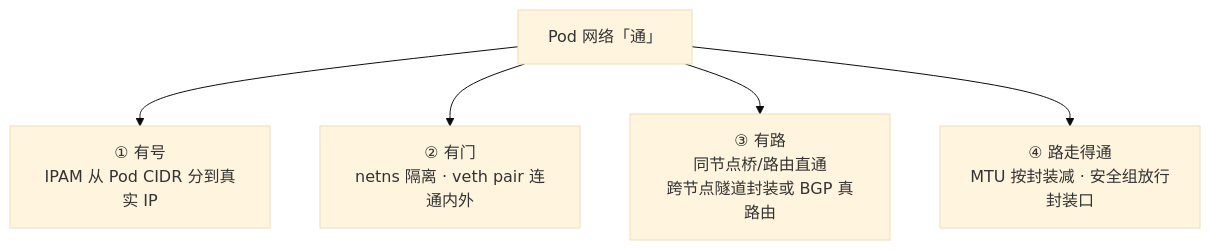
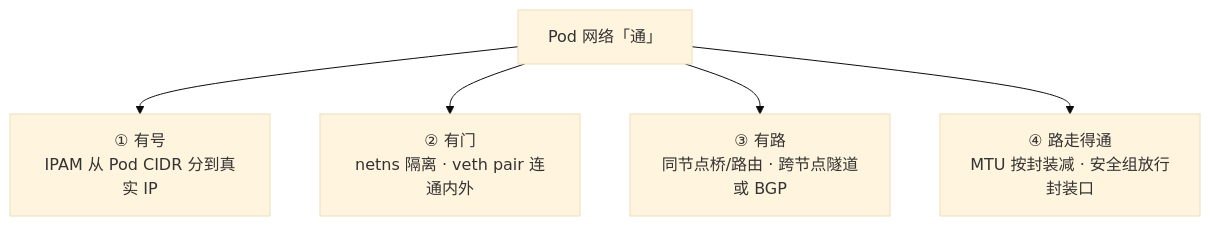
One commit to ml-cuizijun/LearnToLilith changed the fourth of 5 diagrams in 03-Kubernetes/10-CNI与网络策略/知识点.md. Above: the diagram before and after it, drawn with Mermaid (base theme). The commit also changed other lines of this file and 178 other files, not shown here.

````diff
--- a/03-Kubernetes/10-CNI与网络策略/知识点.md
+++ b/03-Kubernetes/10-CNI与网络策略/知识点.md
@@ -287,7 +282,7 @@
 ```mermaid
 flowchart TB
     R["Pod 网络「通」"] --> G1["① 有号<br/>IPAM 从 Pod CIDR 分到真实 IP"]
     R --> G2["② 有门<br/>netns 隔离 · veth pair 连通内外"]
-    R --> G3["③ 有路<br/>同节点桥/路由直通<br/>跨节点隧道封装或 BGP 真路由"]
+    R --> G3["③ 有路<br/>同节点桥/路由 · 跨节点隧道或 BGP"]
     R --> G4["④ 路走得通<br/>MTU 按封装减 · 安全组放行封装口"]
 ```
````
